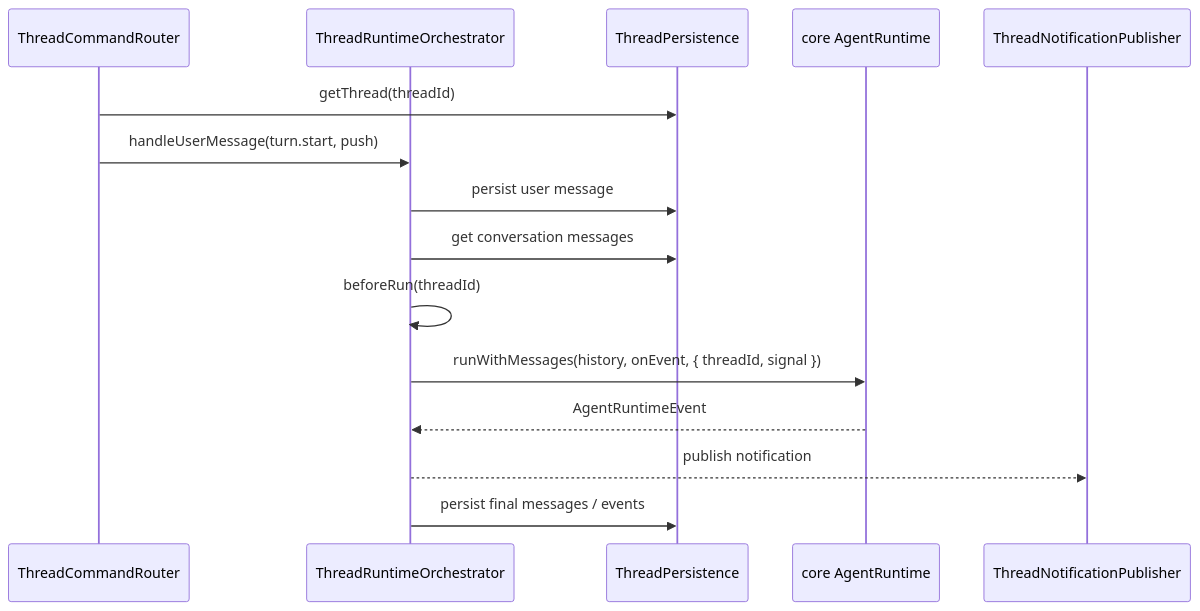
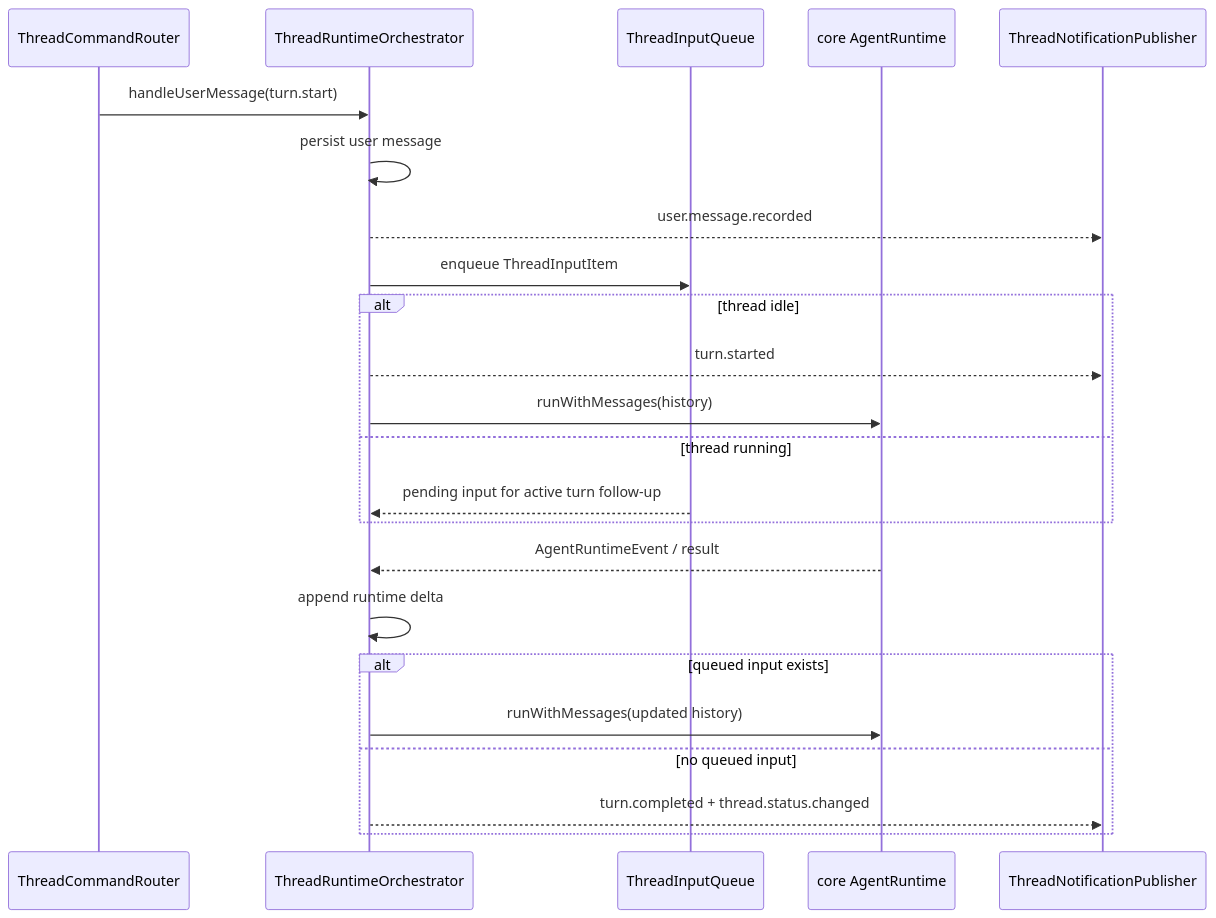
One commit to Lixuhang987/SpotAgent changed the diagram in apps/agent-server/src/thread/thread.md. Above: the diagram before and after it, drawn with Mermaid. The commit also changed other lines of this file and 2 other files, not shown here.

Commit message:
docs: document backend thread input queue

````diff
--- a/apps/agent-server/src/thread/thread.md
+++ b/apps/agent-server/src/thread/thread.md
@@ -31,18 +34,26 @@
 ```mermaid
 sequenceDiagram
   participant Router as ThreadCommandRouter
   participant Orchestrator as ThreadRuntimeOrchestrator
-  participant Persistence as ThreadPersistence
+  participant Queue as ThreadInputQueue
   participant Runtime as core AgentRuntime
   participant Publisher as ThreadNotificationPublisher
 
-  Router->>Persistence: getThread(threadId)
-  Router->>Orchestrator: handleUserMessage(turn.start, push)
-  Orchestrator->>Persistence: persist user message
-  Orchestrator->>Persistence: get conversation messages
-  Orchestrator->>Orchestrator: beforeRun(threadId)
-  Orchestrator->>Runtime: runWithMessages(history, onEvent, { threadId, signal })
-  Runtime-->>Orchestrator: AgentRuntimeEvent
-  Orchestrator-->>Publisher: publish notification
-  Orchestrator->>Persistence: persist final messages / events
+  Router->>Orchestrator: handleUserMessage(turn.start)
+  Orchestrator->>Orchestrator: persist user message
+  Orchestrator-->>Publisher: user.message.recorded
+  Orchestrator->>Queue: enqueue ThreadInputItem
+  alt thread idle
+    Orchestrator-->>Publisher: turn.started
+    Orchestrator->>Runtime: runWithMessages(history)
+  else thread running
+    Queue-->>Orchestrator: pending input for active turn follow-up
+  end
+  Runtime-->>Orchestrator: AgentRuntimeEvent / result
+  Orchestrator->>Orchestrator: append runtime delta
+  alt queued input exists
+    Orchestrator->>Runtime: runWithMessages(updated history)
+  else no queued input
+    Orchestrator-->>Publisher: turn.completed + thread.status.changed
+  end
 ```
````
